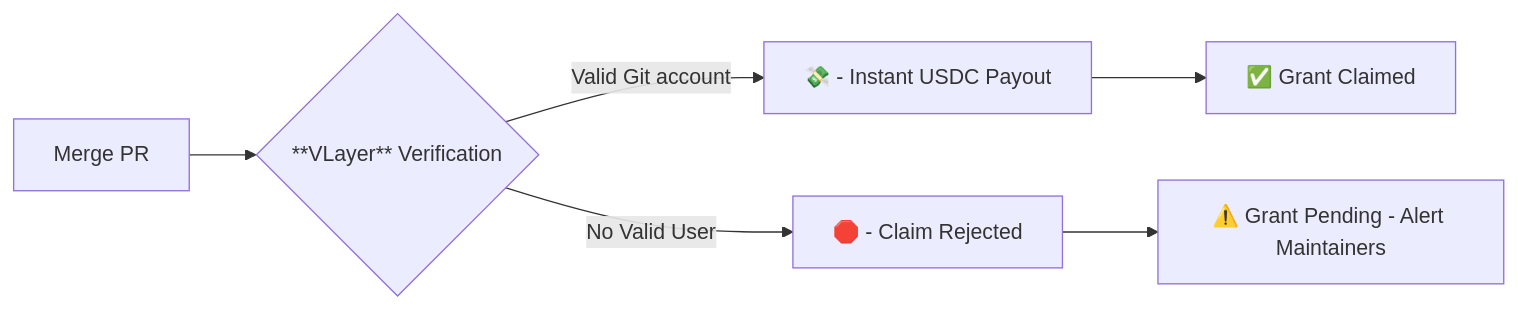
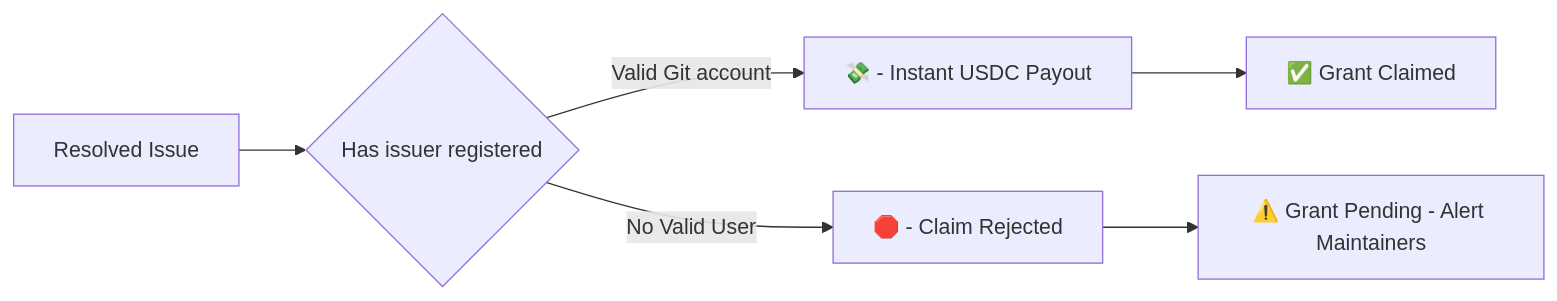
One commit to b3ww/ethglobal changed the fourth of 4 diagrams in README.md. Above: the diagram before and after it, drawn with Mermaid. The commit also changed other lines of this file and 1 other file, not shown here.

Commit message:
fix: update vlayer part on documentation

````diff
--- a/README.md
+++ b/README.md
@@ -98,9 +101,9 @@
 ```mermaid
 graph LR
-    A[Merge PR] --> B{**VLayer** Verification}
+    A[Resolved Issue] --> B{Has issuer registered}
     B -->|Valid Git account| C[💸 - Instant USDC Payout]
     C --> L[✅ Grant Claimed]
     B -->|No Valid User| D[🛑 - Claim Rejected]
     D --> M[⚠️ Grant Pending - Alert Maintainers]
 
 ```
````
